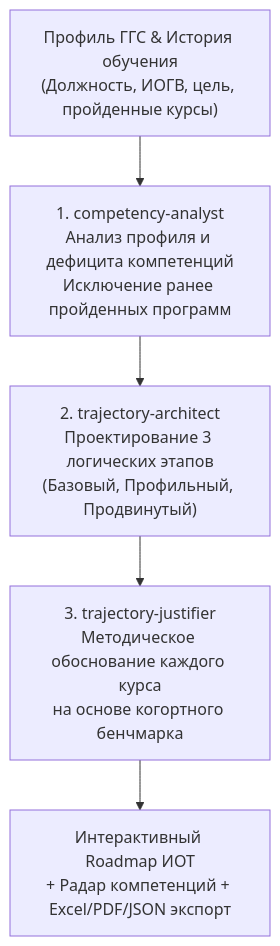
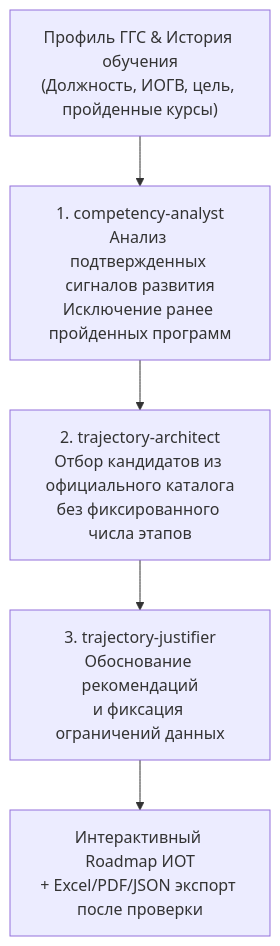
The diagram in README.md (sqtwix/ai-education-mentor), drawn with Mermaid before and after one commit. The commit also changed other lines of this file and 108 other files, not shown here.

````diff
--- a/README.md
+++ b/README.md
@@ -64,7 +69,7 @@
 ```mermaid
 flowchart TD
-    A["Профиль ГГС & История обучения<br>(Должность, ИОГВ, цель, пройденные курсы)"] --> B["1. competency-analyst<br>Анализ профиля и дефицита компетенций<br>Исключение ранее пройденных программ"]
-    B --> C["2. trajectory-architect<br>Проектирование 3 логических этапов<br>(Базовый, Профильный, Продвинутый)"]
-    C --> D["3. trajectory-justifier<br>Методическое обоснование каждого курса<br>на основе когортного бенчмарка"]
-    D --> E["Интерактивный Roadmap ИОТ<br>+ Радар компетенций + Excel/PDF/JSON экспорт"]
+    A["Профиль ГГС & История обучения<br>(Должность, ИОГВ, цель, пройденные курсы)"] --> B["1. competency-analyst<br>Анализ подтвержденных сигналов развития<br>Исключение ранее пройденных программ"]
+    B --> C["2. trajectory-architect<br>Отбор кандидатов из официального каталога<br>без фиксированного числа этапов"]
+    C --> D["3. trajectory-justifier<br>Обоснование рекомендаций<br>и фиксация ограничений данных"]
+    D --> E["Интерактивный Roadmap ИОТ<br>+ Excel/PDF/JSON экспорт после проверки"]
 ```
````
